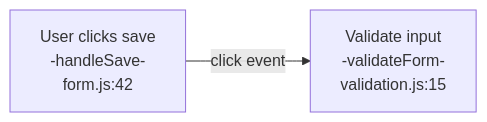
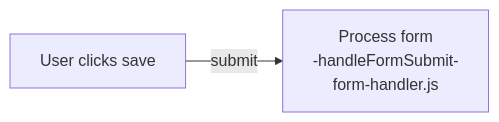
One commit to tdemelle-SiP/.claude changed the diagram in guidelines/sip-documentation-guidelines-unified.md. Above: the diagram before and after it, drawn with Mermaid. The commit also changed other lines of this file, not shown here.

````diff
--- a/guidelines/sip-documentation-guidelines-unified.md
+++ b/guidelines/sip-documentation-guidelines-unified.md
@@ -50,5 +54,5 @@
 ```mermaid
 graph LR
-    A[User clicks save<br/>-handleSave-<br/>form.js:42] 
-    -->|click event| B[Validate input<br/>-validateForm-<br/>validation.js:15]
+    A[User clicks save] 
+    -->|submit| B[Process form<br/>-handleFormSubmit-<br/>form-handler.js]
 ```
````
